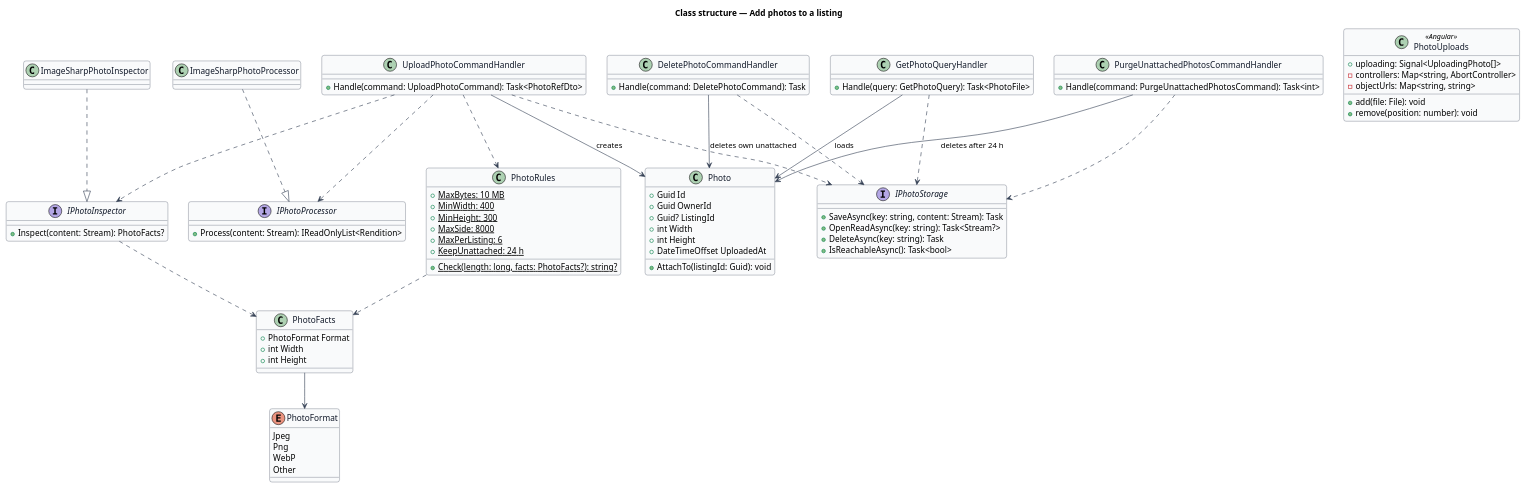
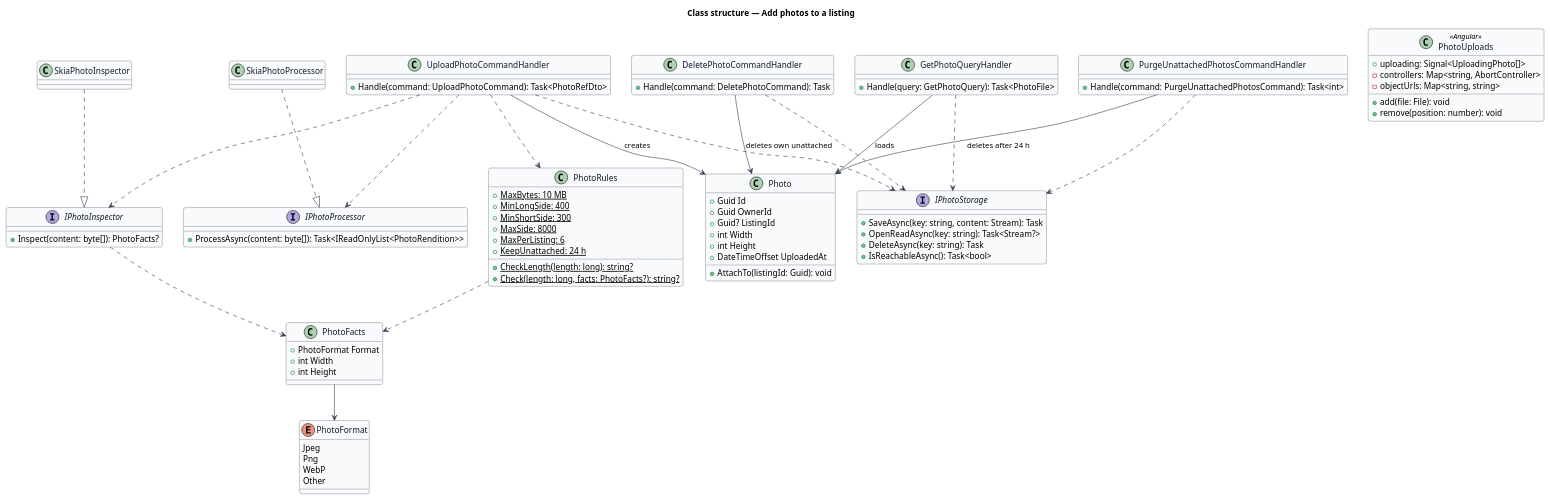
The diagram in docs/detailed-designs/post/add-photos/diagrams/class-structure.puml (QuinntyneBrown/christian-rent), drawn with PlantUML before and after one commit. The commit also changed 10 other files, not shown here.

First line of the commit message:
Refuse a photo by its content, size and sides with its code, and only a member may upload; choose SkiaSharp over ImageSharp

```diff
--- a/docs/detailed-designs/post/add-photos/diagrams/class-structure.puml
+++ b/docs/detailed-designs/post/add-photos/diagrams/class-structure.puml
@@ -1,94 +1,95 @@
 @startuml
 ' --- shared skin header ---
 skinparam backgroundColor #FFFFFF
 skinparam shadowing false
 skinparam roundcorner 8
 skinparam defaultFontName Arial
 skinparam ArrowColor #344054
 skinparam class {
   BorderColor #344054
   FontColor #101828
   BackgroundColor #F9FAFB
 }
 ' --------------------------
 title Class structure — Add photos to a listing
 
 class Photo {
   +Guid Id
   +Guid OwnerId
   +Guid? ListingId
   +int Width
   +int Height
   +DateTimeOffset UploadedAt
   +AttachTo(listingId: Guid): void
 }
 class PhotoFacts {
   +PhotoFormat Format
   +int Width
   +int Height
 }
 enum PhotoFormat {
   Jpeg
   Png
   WebP
   Other
 }
 class PhotoRules {
   +{static} MaxBytes: 10 MB
-  +{static} MinWidth: 400
-  +{static} MinHeight: 300
+  +{static} MinLongSide: 400
+  +{static} MinShortSide: 300
   +{static} MaxSide: 8000
   +{static} MaxPerListing: 6
   +{static} KeepUnattached: 24 h
+  +{static} CheckLength(length: long): string?
   +{static} Check(length: long, facts: PhotoFacts?): string?
 }
 interface IPhotoInspector {
-  +Inspect(content: Stream): PhotoFacts?
+  +Inspect(content: byte[]): PhotoFacts?
 }
 interface IPhotoProcessor {
-  +Process(content: Stream): IReadOnlyList<Rendition>
+  +ProcessAsync(content: byte[]): Task<IReadOnlyList<PhotoRendition>>
 }
 interface IPhotoStorage {
   +SaveAsync(key: string, content: Stream): Task
   +OpenReadAsync(key: string): Task<Stream?>
   +DeleteAsync(key: string): Task
   +IsReachableAsync(): Task<bool>
 }
-class ImageSharpPhotoInspector
-class ImageSharpPhotoProcessor
+class SkiaPhotoInspector
+class SkiaPhotoProcessor
 class UploadPhotoCommandHandler {
   +Handle(command: UploadPhotoCommand): Task<PhotoRefDto>
 }
 class DeletePhotoCommandHandler {
   +Handle(command: DeletePhotoCommand): Task
 }
 class PurgeUnattachedPhotosCommandHandler {
   +Handle(command: PurgeUnattachedPhotosCommand): Task<int>
 }
 class GetPhotoQueryHandler {
   +Handle(query: GetPhotoQuery): Task<PhotoFile>
 }
 class PhotoUploads <<Angular>> {
   +uploading: Signal<UploadingPhoto[]>
   +add(file: File): void
   +remove(position: number): void
   -controllers: Map<string, AbortController>
   -objectUrls: Map<string, string>
 }
 UploadPhotoCommandHandler ..> IPhotoInspector
 UploadPhotoCommandHandler ..> IPhotoProcessor
 UploadPhotoCommandHandler ..> IPhotoStorage
 UploadPhotoCommandHandler ..> PhotoRules
 UploadPhotoCommandHandler --> Photo : creates
 DeletePhotoCommandHandler --> Photo : deletes own unattached
 DeletePhotoCommandHandler ..> IPhotoStorage
 PurgeUnattachedPhotosCommandHandler --> Photo : deletes after 24 h
 PurgeUnattachedPhotosCommandHandler ..> IPhotoStorage
 GetPhotoQueryHandler --> Photo : loads
 GetPhotoQueryHandler ..> IPhotoStorage
-ImageSharpPhotoInspector ..|> IPhotoInspector
-ImageSharpPhotoProcessor ..|> IPhotoProcessor
+SkiaPhotoInspector ..|> IPhotoInspector
+SkiaPhotoProcessor ..|> IPhotoProcessor
 IPhotoInspector ..> PhotoFacts
 PhotoFacts --> PhotoFormat
 PhotoRules ..> PhotoFacts
 @enduml
```
